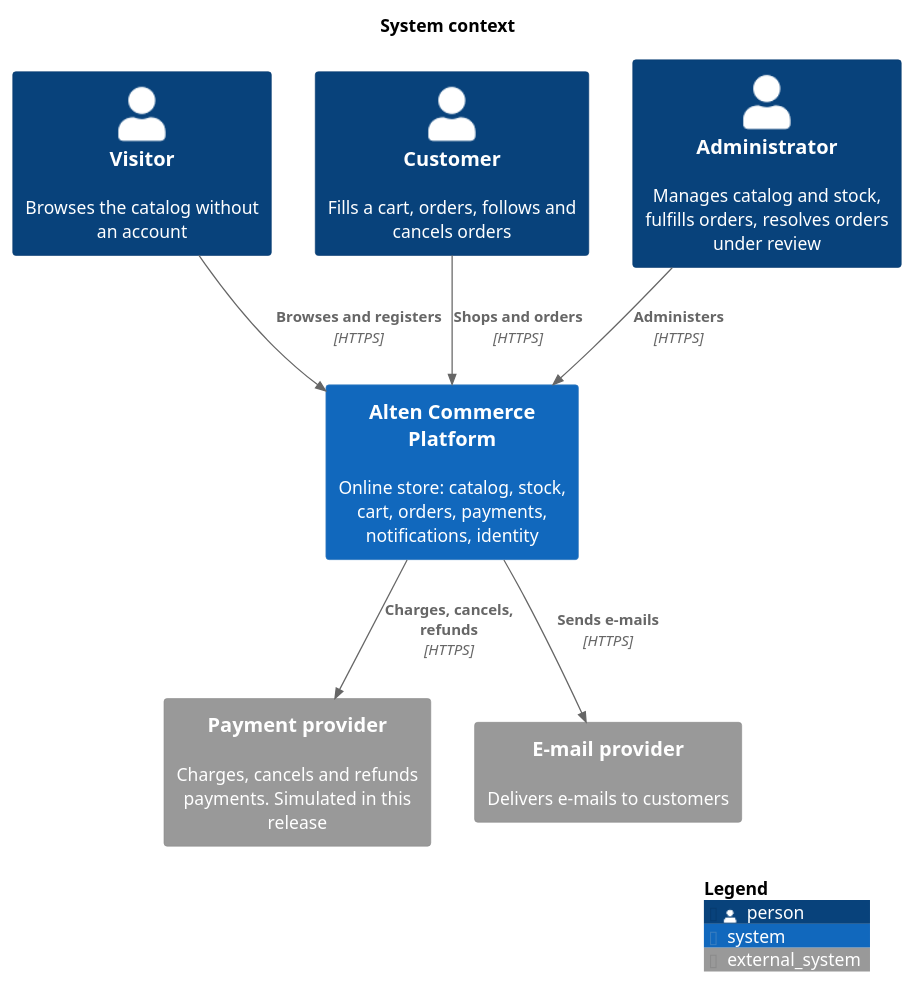
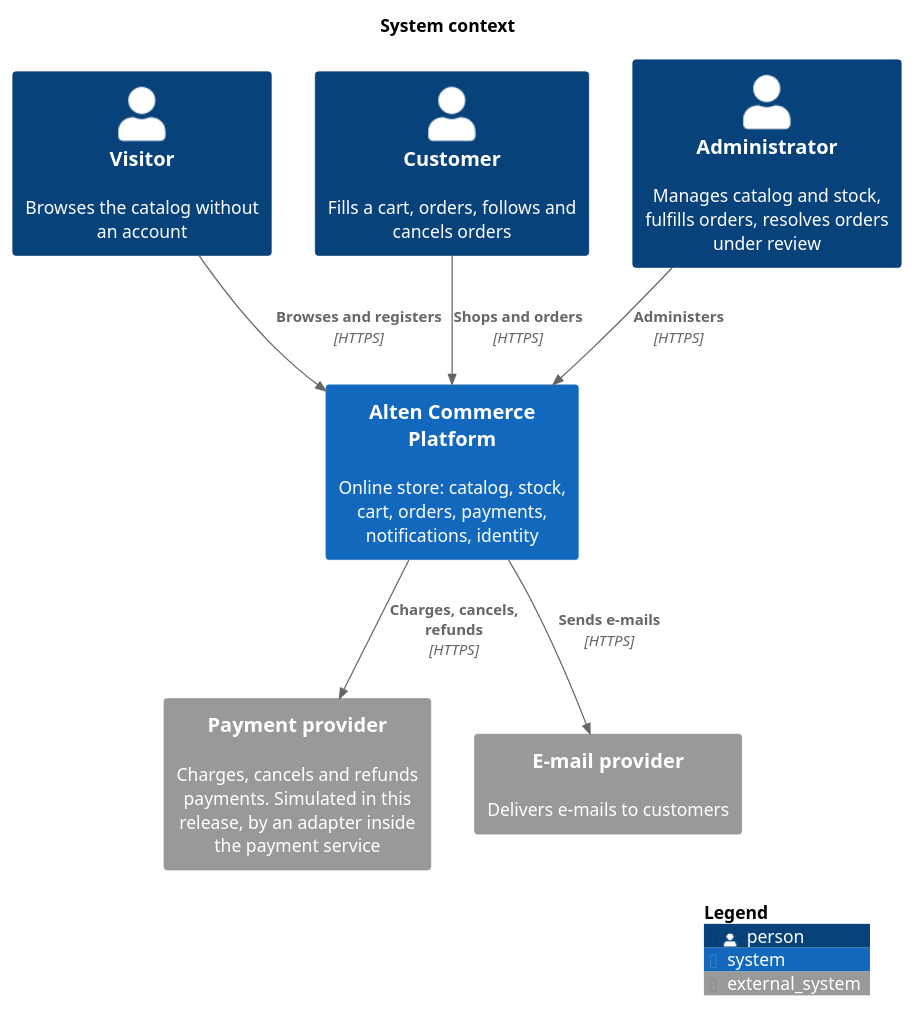
One commit to AxeloLabs/alten-commerce-platform changed the diagram in doc/2-spec/04-architecture/diagrams/c4-context.puml. Above: the diagram before and after it, drawn with PlantUML. The commit also changed 33 other files, not shown here.

```diff
--- a/doc/2-spec/04-architecture/diagrams/c4-context.puml
+++ b/doc/2-spec/04-architecture/diagrams/c4-context.puml
@@ -1,21 +1,21 @@
 @startuml
 !include <C4/C4_Context>
 title System context
 
 Person(visitor, "Visitor", "Browses the catalog without an account")
 Person(customer, "Customer", "Fills a cart, orders, follows and cancels orders")
 Person(admin, "Administrator", "Manages catalog and stock, fulfills orders, resolves orders under review")
 
 System(platform, "Alten Commerce Platform", "Online store: catalog, stock, cart, orders, payments, notifications, identity")
 
-System_Ext(psp, "Payment provider", "Charges, cancels and refunds payments. Simulated in this release")
+System_Ext(psp, "Payment provider", "Charges, cancels and refunds payments. Simulated in this release, by an adapter inside the payment service")
 System_Ext(mail, "E-mail provider", "Delivers e-mails to customers")
 
 Rel(visitor, platform, "Browses and registers", "HTTPS")
 Rel(customer, platform, "Shops and orders", "HTTPS")
 Rel(admin, platform, "Administers", "HTTPS")
 Rel(platform, psp, "Charges, cancels, refunds", "HTTPS")
 Rel(platform, mail, "Sends e-mails", "HTTPS")
 
 SHOW_LEGEND()
 @enduml
```
